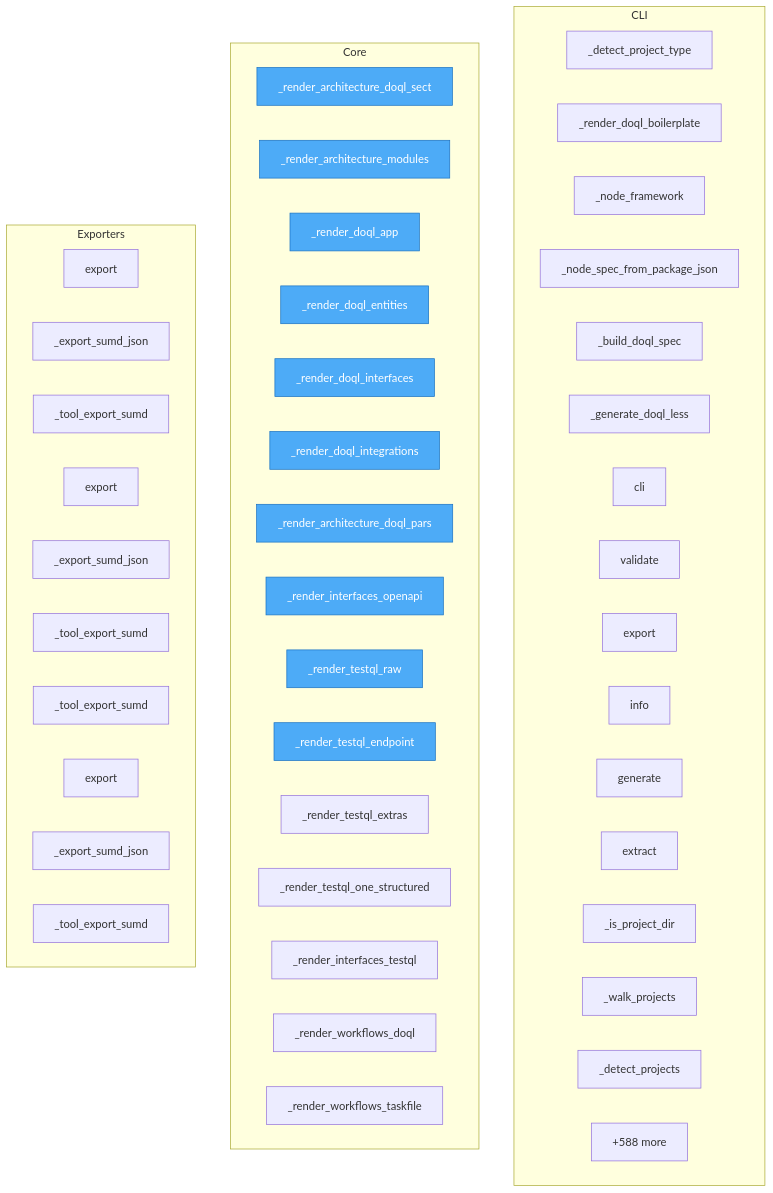
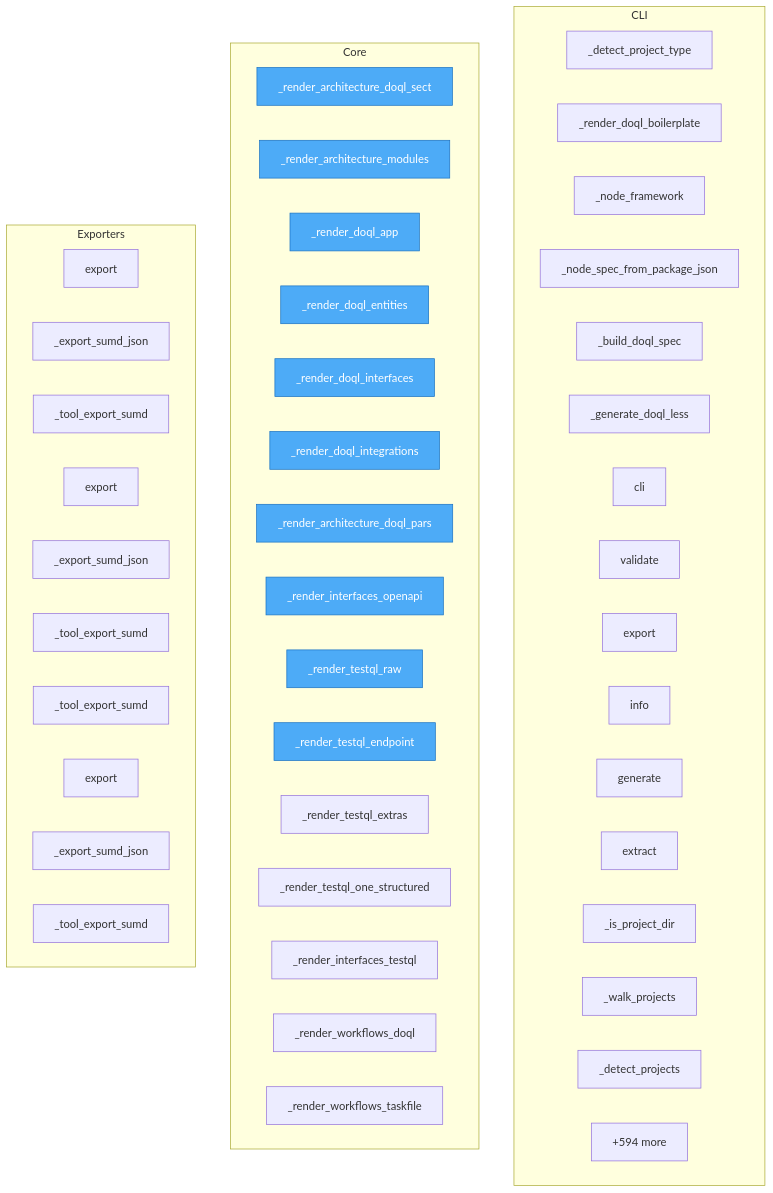
Before and after one commit to oqlos/sumd: the diagram in project/flow.mmd, drawn with Mermaid. The commit also changed 25 other files, not shown here.

```diff
--- a/project/flow.mmd
+++ b/project/flow.mmd
@@ -1,57 +1,57 @@
 flowchart TD
 
     %% Entry points (blue)
     classDef entry fill:#4dabf7,stroke:#1971c2,color:#fff
 
     subgraph CLI
         sumd__cli___detect_project_type["_detect_project_type"]
         sumd__cli___render_doql_boilerplate["_render_doql_boilerplate"]
         sumd__cli___node_framework["_node_framework"]
         sumd__cli___node_spec_from_package_json["_node_spec_from_package_json"]
         sumd__cli___build_doql_spec["_build_doql_spec"]
         sumd__cli___generate_doql_less["_generate_doql_less"]
         sumd__cli__cli["cli"]
         sumd__cli__validate["validate"]
         sumd__cli__export["export"]
         sumd__cli__info["info"]
         sumd__cli__generate["generate"]
         sumd__cli__extract["extract"]
         sumd__cli___is_project_dir["_is_project_dir"]
         sumd__cli___walk_projects["_walk_projects"]
         sumd__cli___detect_projects["_detect_projects"]
         ...["+26 more"]
     end
 
     subgraph Core
         SUMR___render_architecture_doql_section["_render_architecture_doql_sect"]
         SUMR___render_architecture_modules["_render_architecture_modules"]
         SUMR___render_doql_app["_render_doql_app"]
         SUMR___render_doql_entities["_render_doql_entities"]
         SUMR___render_doql_interfaces["_render_doql_interfaces"]
         SUMR___render_doql_integrations["_render_doql_integrations"]
         SUMR___render_architecture_doql_parsed["_render_architecture_doql_pars"]
         SUMR___render_interfaces_openapi["_render_interfaces_openapi"]
         SUMR___render_testql_raw["_render_testql_raw"]
         SUMR___render_testql_endpoint["_render_testql_endpoint"]
         SUMR___render_testql_extras["_render_testql_extras"]
         SUMR___render_testql_one_structured["_render_testql_one_structured"]
         SUMR___render_interfaces_testql["_render_interfaces_testql"]
         SUMR___render_workflows_doql["_render_workflows_doql"]
         SUMR___render_workflows_taskfile["_render_workflows_taskfile"]
-        ...["+588 more"]
+        ...["+594 more"]
     end
 
     subgraph Exporters
         SUMR__export["export"]
         SUMR___export_sumd_json["_export_sumd_json"]
         SUMR___tool_export_sumd["_tool_export_sumd"]
         SUMD__export["export"]
         SUMD___export_sumd_json["_export_sumd_json"]
         SUMD___tool_export_sumd["_tool_export_sumd"]
         sumd__mcp_server___tool_export_sumd["_tool_export_sumd"]
         project__map__toon__export["export"]
         project__map__toon___export_sumd_json["_export_sumd_json"]
         project__map__toon___tool_export_sumd["_tool_export_sumd"]
     end
 
     class SUMR___render_architecture_doql_section,SUMR___render_architecture_modules,SUMR___render_doql_app,SUMR___render_doql_entities,SUMR___render_doql_interfaces,SUMR___render_doql_integrations,SUMR___render_architecture_doql_parsed,SUMR___render_interfaces_openapi,SUMR___render_testql_raw,SUMR___render_testql_endpoint entry
```
